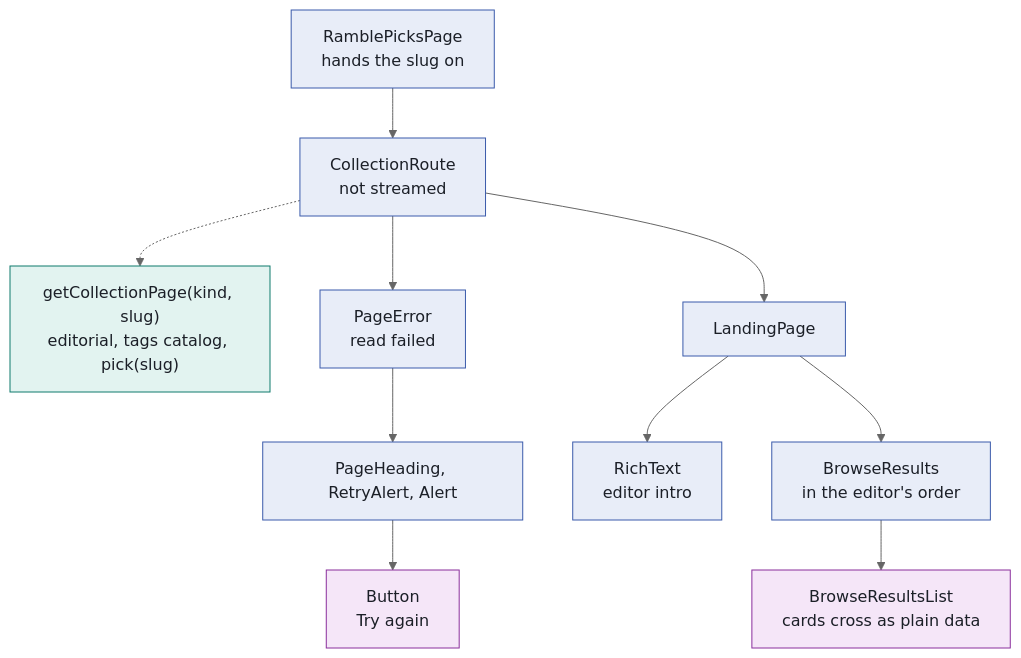
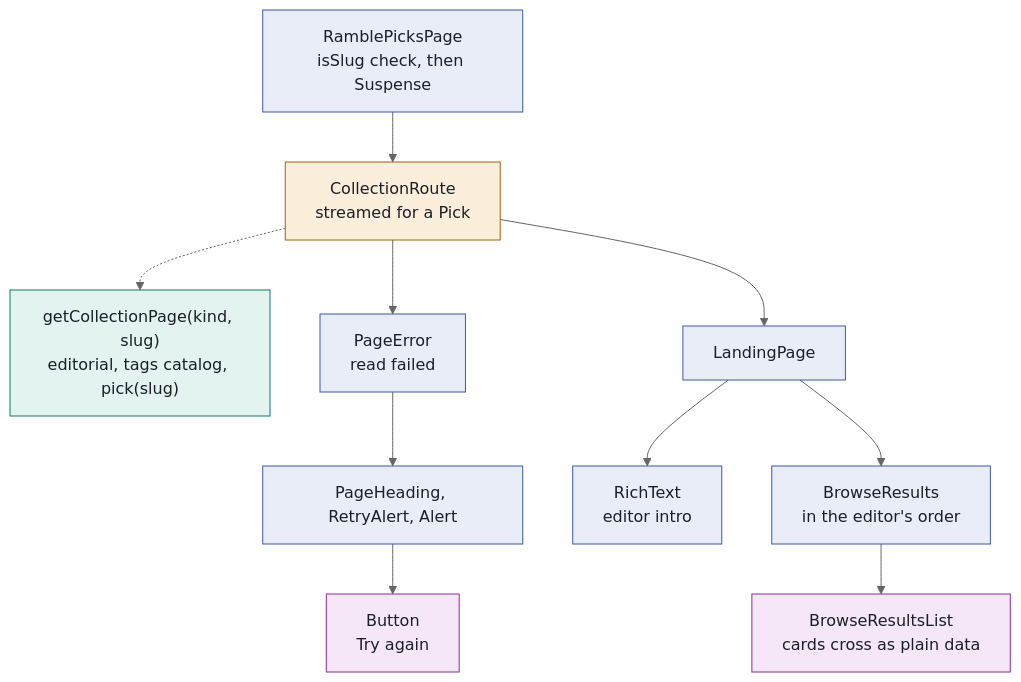
Before and after one commit to defaultdave/ramble: the eighth of 13 diagrams in src/app/(guest)/README.md, drawn with Mermaid (neutral theme). The commit also changed other lines of this file and 7 other files, not shown here.

````diff
--- a/src/app/(guest)/README.md
+++ b/src/app/(guest)/README.md
@@ -374,29 +374,29 @@
 ```mermaid
 flowchart TD
   classDef server fill:#e8edf8,stroke:#3b5bab,color:#1b1f27
   classDef cached fill:#e2f3f0,stroke:#0f7a6c,color:#1b1f27
   classDef streamed fill:#fbefdc,stroke:#a3610a,color:#1b1f27
   classDef client fill:#f5e6f8,stroke:#8a2f9c,color:#1b1f27
   classDef action fill:#fbe6e4,stroke:#b3261e,color:#1b1f27
 
-  RP["RamblePicksPage<br/>hands the slug on"]:::server
-  CR["CollectionRoute<br/>not streamed"]:::server
+  RP["RamblePicksPage<br/>isSlug check, then Suspense"]:::server
+  CR["CollectionRoute<br/>streamed for a Pick"]:::streamed
   GC["getCollectionPage(kind, slug)<br/>editorial, tags catalog, pick(slug)"]:::cached
   PE["PageError<br/>read failed"]:::server
   RA["PageHeading, RetryAlert, Alert"]:::server
   BT["Button<br/>Try again"]:::client
   LP["LandingPage"]:::server
   RT["RichText<br/>editor intro"]:::server
   BR["BrowseResults<br/>in the editor's order"]:::server
   BL["BrowseResultsList<br/>cards cross as plain data"]:::client
 
   RP --> CR
   CR -.-> GC
   CR --> PE
   CR --> LP
   PE --> RA
   RA --> BT
   LP --> RT
   LP --> BR
   BR --> BL
 ```
````
